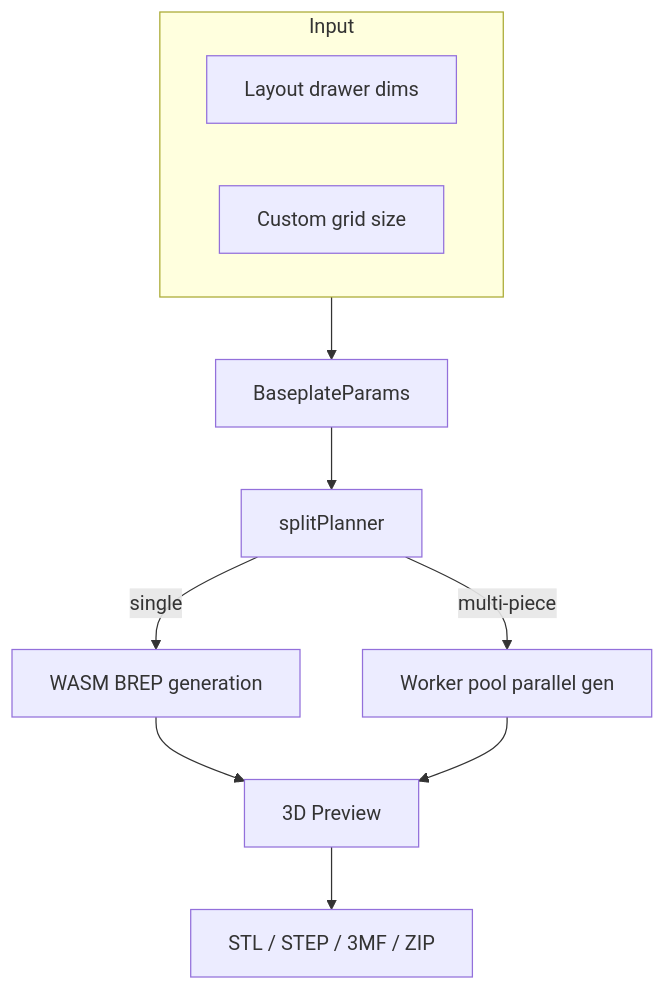
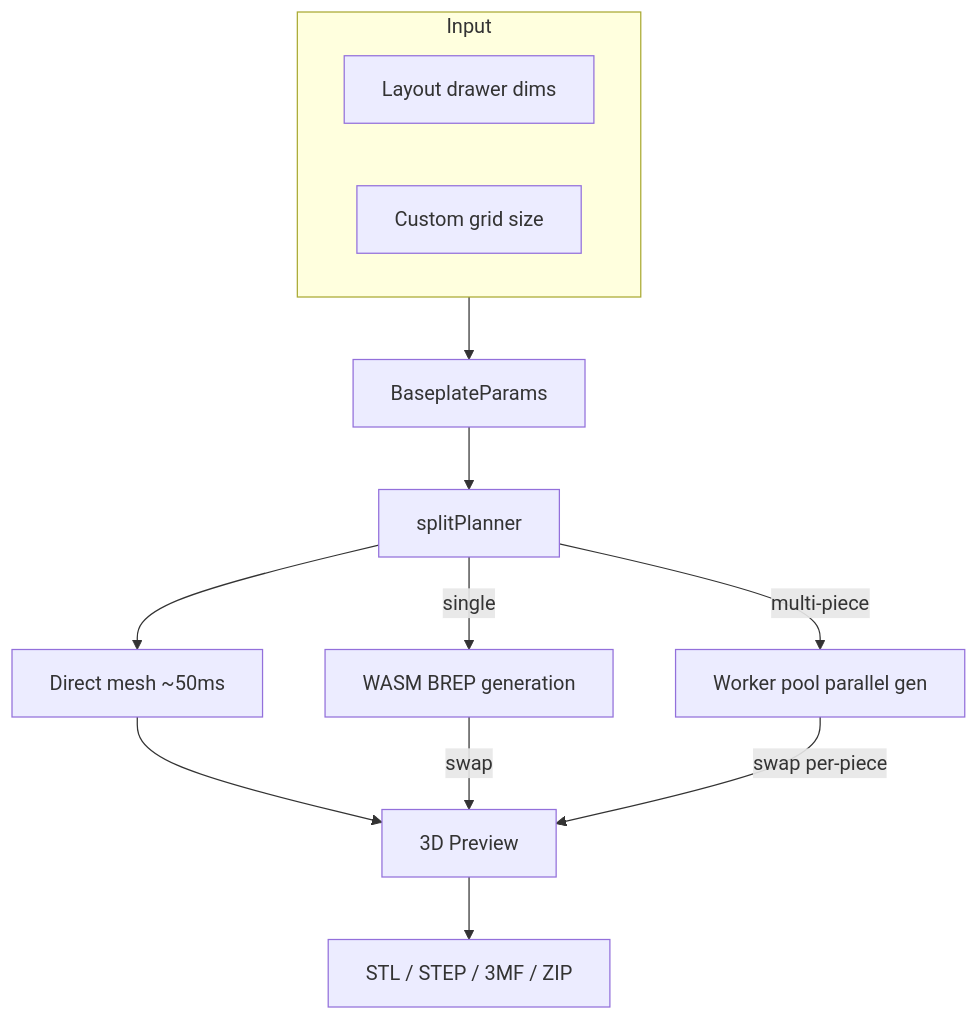
Before and after one commit to andymai/gridfinity-layout-tool: the diagram in src/features/baseplate/README.md, drawn with Mermaid. The commit also changed other lines of this file, not shown here.

Commit message:
docs(baseplate): document two-phase preview lifecycle in README

````diff
--- a/src/features/baseplate/README.md
+++ b/src/features/baseplate/README.md
@@ -5,14 +5,16 @@
 ```mermaid
 graph TB
     subgraph Input
         Sync[Layout drawer dims]
         Custom[Custom grid size]
     end
     Input --> Params[BaseplateParams]
     Params --> Tiling[splitPlanner]
+    Tiling --> Direct[Direct mesh ~50ms]
+    Direct --> Preview[3D Preview]
     Tiling -->|single| Gen[WASM BREP generation]
     Tiling -->|multi-piece| Pool[Worker pool parallel gen]
-    Gen --> Preview[3D Preview]
-    Pool --> Preview
+    Gen -->|swap| Preview
+    Pool -->|swap per-piece| Preview
     Preview --> Export[STL / STEP / 3MF / ZIP]
 ```
````
